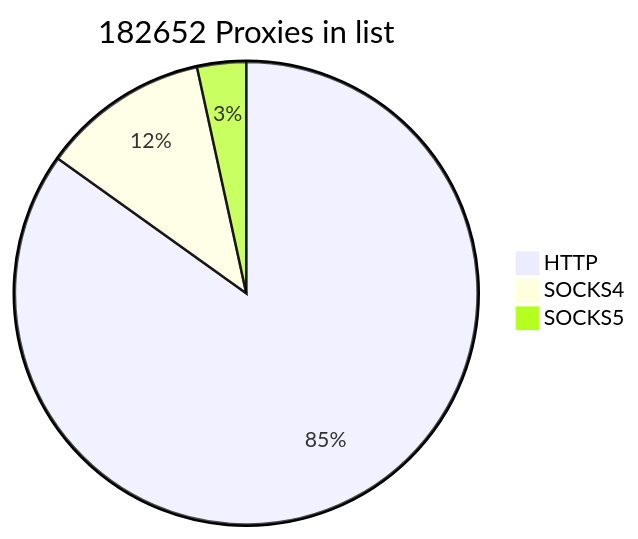
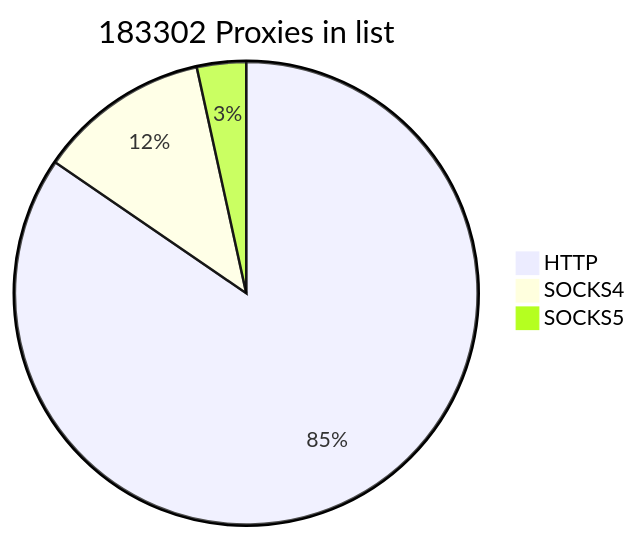
One commit to cutipu/proxylist changed the first of 2 diagrams in README.md. Above: the diagram before and after it, drawn with Mermaid. The commit also changed other lines of this file, not shown here.

````diff
--- a/README.md
+++ b/README.md
@@ -2,7 +2,7 @@
 ```mermaid
-pie title 182652 Proxies in list
-    "HTTP" : 155028
-    "SOCKS4" : 21383
-    "SOCKS5" : 6241
+pie title 183302 Proxies in list
+    "HTTP" : 155010
+    "SOCKS4" : 22000
+    "SOCKS5" : 6292
             
 ```
````
